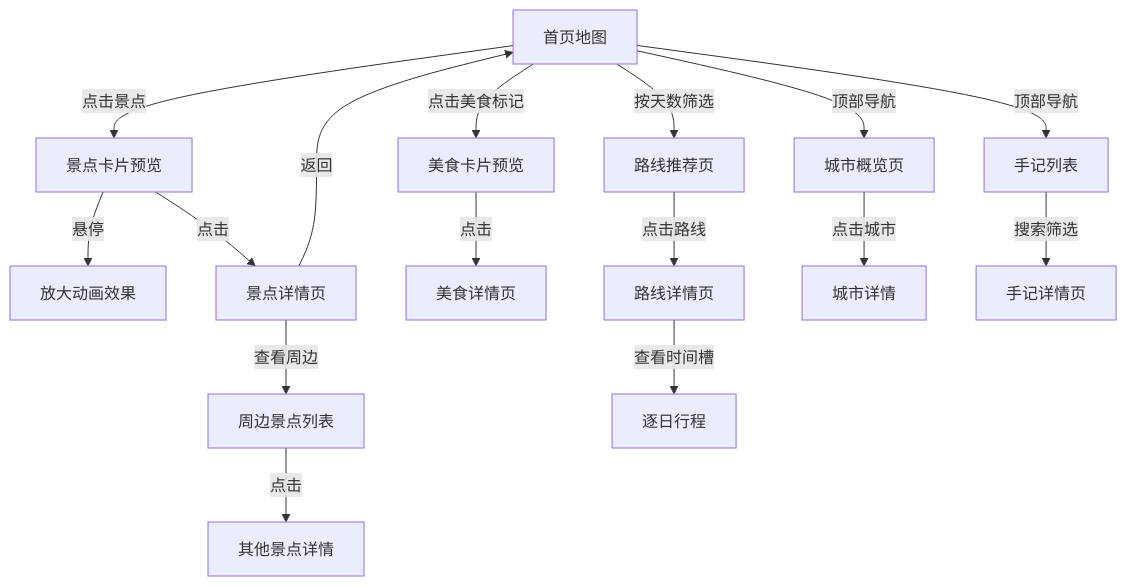
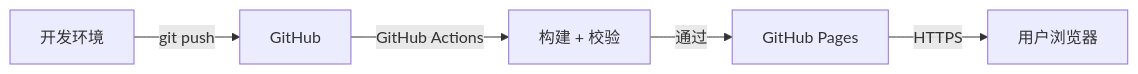
One commit to Minkelxy/ningxia-tourism changed the second of 2 diagrams in docs/product/宁夏旅游地图技术架构.md. Above: the diagram before and after it, drawn with Mermaid. The commit also changed other lines of this file and 3 other files, not shown here.

````diff
--- a/docs/product/宁夏旅游地图技术架构.md
+++ b/docs/product/宁夏旅游地图技术架构.md
@@ -171,22 +872,7 @@
 ```mermaid
-flowchart TD
-    A[首页地图] -->|点击景点| B[景点卡片预览]
-    B -->|悬停| C[放大动画效果]
-    B -->|点击| D[景点详情页]
-    D -->|返回| A
-    D -->|查看周边| E[周边景点列表]
-    E -->|点击| F[其他景点详情]
-
-    A -->|点击美食标记| G[美食卡片预览]
-    G -->|点击| H[美食详情页]
-
-    A -->|按天数筛选| I[路线推荐页]
-    I -->|点击路线| J[路线详情页]
-    J -->|查看时间槽| K[逐日行程]
-
-    A -->|顶部导航| L[城市概览页]
-    L -->|点击城市| M[城市详情]
-
-    A -->|顶部导航| N[手记列表]
-    N -->|搜索筛选| O[手记详情页]
+flowchart LR
+    A[开发环境] -->|git push| B[GitHub]
+    B -->|GitHub Actions| C[构建 + 校验]
+    C -->|通过| D[GitHub Pages]
+    D -->|HTTPS| E[用户浏览器]
 ```
````
